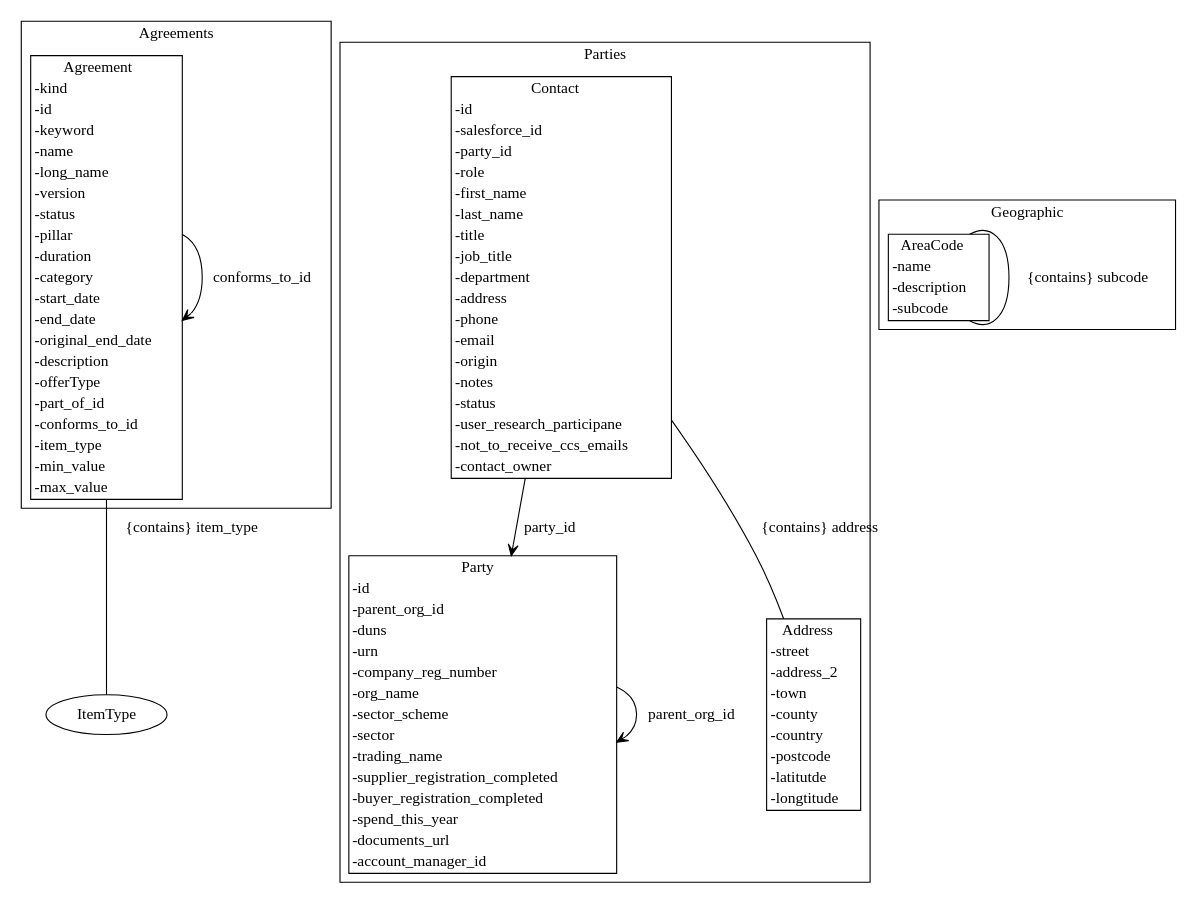
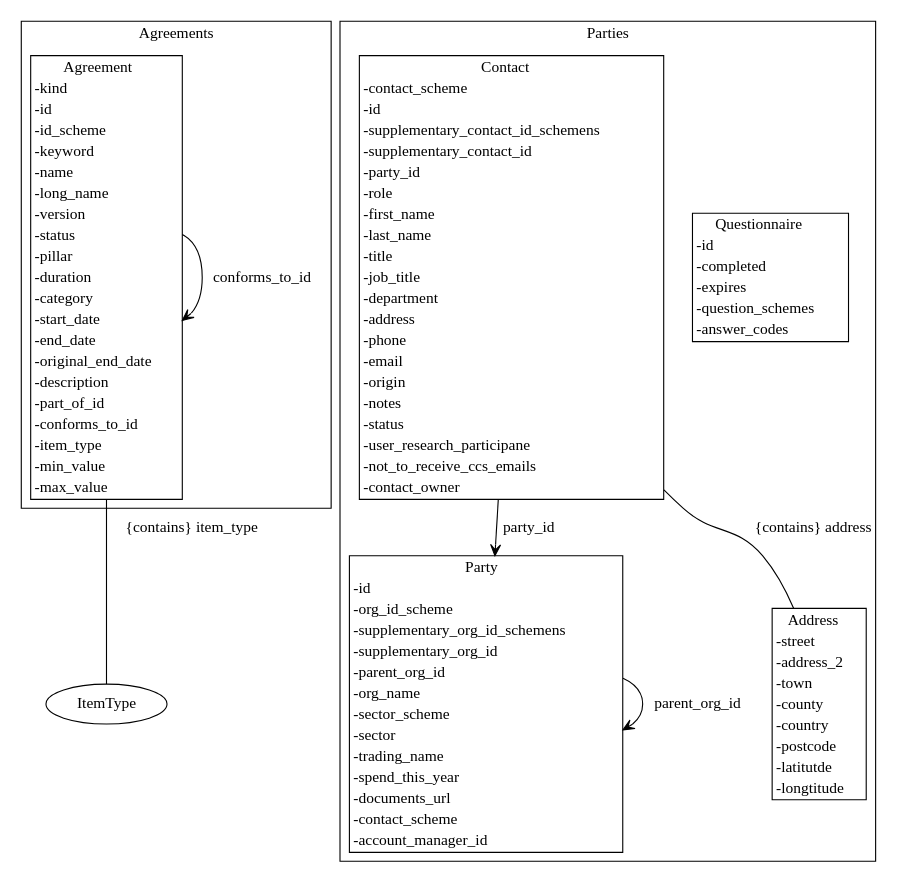
Before and after one commit to Crown-Commercial-Service/ccs-data-model: the diagram in gen/diagrams/metamodel.dot, drawn with Graphviz. The commit also changed 39 other files, not shown here.

```diff
--- a/gen/diagrams/metamodel.dot
+++ b/gen/diagrams/metamodel.dot
@@ -1,26 +1,21 @@
 strict digraph {
 subgraph cluster_Agreements {
 node [shape=plaintext margin=0];
 label=Agreements;
-"Agreement" [label=<<table BORDER="1" CELLBORDER="0" CELLSPACING="0"><TH><TD>Agreement</TD></TH><TR><TD ALIGN="LEFT">-kind</TD></TR><TR><TD ALIGN="LEFT">-id</TD></TR><TR><TD ALIGN="LEFT">-keyword</TD></TR><TR><TD ALIGN="LEFT">-name</TD></TR><TR><TD ALIGN="LEFT">-long_name</TD></TR><TR><TD ALIGN="LEFT">-version</TD></TR><TR><TD ALIGN="LEFT">-status</TD></TR><TR><TD ALIGN="LEFT">-pillar</TD></TR><TR><TD ALIGN="LEFT">-duration</TD></TR><TR><TD ALIGN="LEFT">-category</TD></TR><TR><TD ALIGN="LEFT">-start_date</TD></TR><TR><TD ALIGN="LEFT">-end_date</TD></TR><TR><TD ALIGN="LEFT">-original_end_date</TD></TR><TR><TD ALIGN="LEFT">-description</TD></TR><TR><TD ALIGN="LEFT">-offerType</TD></TR><TR><TD ALIGN="LEFT">-part_of_id</TD></TR><TR><TD ALIGN="LEFT">-conforms_to_id</TD></TR><TR><TD ALIGN="LEFT">-item_type</TD></TR><TR><TD ALIGN="LEFT">-min_value</TD></TR><TR><TD ALIGN="LEFT">-max_value</TD></TR></table>>];
+"Agreement" [label=<<table BORDER="1" CELLBORDER="0" CELLSPACING="0"><TH><TD>Agreement</TD></TH><TR><TD ALIGN="LEFT">-kind</TD></TR><TR><TD ALIGN="LEFT">-id</TD></TR><TR><TD ALIGN="LEFT">-id_scheme</TD></TR><TR><TD ALIGN="LEFT">-keyword</TD></TR><TR><TD ALIGN="LEFT">-name</TD></TR><TR><TD ALIGN="LEFT">-long_name</TD></TR><TR><TD ALIGN="LEFT">-version</TD></TR><TR><TD ALIGN="LEFT">-status</TD></TR><TR><TD ALIGN="LEFT">-pillar</TD></TR><TR><TD ALIGN="LEFT">-duration</TD></TR><TR><TD ALIGN="LEFT">-category</TD></TR><TR><TD ALIGN="LEFT">-start_date</TD></TR><TR><TD ALIGN="LEFT">-end_date</TD></TR><TR><TD ALIGN="LEFT">-original_end_date</TD></TR><TR><TD ALIGN="LEFT">-description</TD></TR><TR><TD ALIGN="LEFT">-part_of_id</TD></TR><TR><TD ALIGN="LEFT">-conforms_to_id</TD></TR><TR><TD ALIGN="LEFT">-item_type</TD></TR><TR><TD ALIGN="LEFT">-min_value</TD></TR><TR><TD ALIGN="LEFT">-max_value</TD></TR></table>>];
 }
 subgraph cluster_Parties {
 node [shape=plaintext margin=0];
 label=Parties;
-"Party" [label=<<table BORDER="1" CELLBORDER="0" CELLSPACING="0"><TH><TD>Party</TD></TH><TR><TD ALIGN="LEFT">-id</TD></TR><TR><TD ALIGN="LEFT">-parent_org_id</TD></TR><TR><TD ALIGN="LEFT">-duns</TD></TR><TR><TD ALIGN="LEFT">-urn</TD></TR><TR><TD ALIGN="LEFT">-company_reg_number</TD></TR><TR><TD ALIGN="LEFT">-org_name</TD></TR><TR><TD ALIGN="LEFT">-sector_scheme</TD></TR><TR><TD ALIGN="LEFT">-sector</TD></TR><TR><TD ALIGN="LEFT">-trading_name</TD></TR><TR><TD ALIGN="LEFT">-supplier_registration_completed</TD></TR><TR><TD ALIGN="LEFT">-buyer_registration_completed</TD></TR><TR><TD ALIGN="LEFT">-spend_this_year</TD></TR><TR><TD ALIGN="LEFT">-documents_url</TD></TR><TR><TD ALIGN="LEFT">-account_manager_id</TD></TR></table>>];
+"Questionnaire" [label=<<table BORDER="1" CELLBORDER="0" CELLSPACING="0"><TH><TD>Questionnaire</TD></TH><TR><TD ALIGN="LEFT">-id</TD></TR><TR><TD ALIGN="LEFT">-completed</TD></TR><TR><TD ALIGN="LEFT">-expires</TD></TR><TR><TD ALIGN="LEFT">-question_schemes</TD></TR><TR><TD ALIGN="LEFT">-answer_codes</TD></TR></table>>];
+"Party" [label=<<table BORDER="1" CELLBORDER="0" CELLSPACING="0"><TH><TD>Party</TD></TH><TR><TD ALIGN="LEFT">-id</TD></TR><TR><TD ALIGN="LEFT">-org_id_scheme</TD></TR><TR><TD ALIGN="LEFT">-supplementary_org_id_schemens</TD></TR><TR><TD ALIGN="LEFT">-supplementary_org_id</TD></TR><TR><TD ALIGN="LEFT">-parent_org_id</TD></TR><TR><TD ALIGN="LEFT">-org_name</TD></TR><TR><TD ALIGN="LEFT">-sector_scheme</TD></TR><TR><TD ALIGN="LEFT">-sector</TD></TR><TR><TD ALIGN="LEFT">-trading_name</TD></TR><TR><TD ALIGN="LEFT">-spend_this_year</TD></TR><TR><TD ALIGN="LEFT">-documents_url</TD></TR><TR><TD ALIGN="LEFT">-contact_scheme</TD></TR><TR><TD ALIGN="LEFT">-account_manager_id</TD></TR></table>>];
 "Address" [label=<<table BORDER="1" CELLBORDER="0" CELLSPACING="0"><TH><TD>Address</TD></TH><TR><TD ALIGN="LEFT">-street</TD></TR><TR><TD ALIGN="LEFT">-address_2</TD></TR><TR><TD ALIGN="LEFT">-town</TD></TR><TR><TD ALIGN="LEFT">-county</TD></TR><TR><TD ALIGN="LEFT">-country</TD></TR><TR><TD ALIGN="LEFT">-postcode</TD></TR><TR><TD ALIGN="LEFT">-latitutde</TD></TR><TR><TD ALIGN="LEFT">-longtitude</TD></TR></table>>];
-"Contact" [label=<<table BORDER="1" CELLBORDER="0" CELLSPACING="0"><TH><TD>Contact</TD></TH><TR><TD ALIGN="LEFT">-id</TD></TR><TR><TD ALIGN="LEFT">-salesforce_id</TD></TR><TR><TD ALIGN="LEFT">-party_id</TD></TR><TR><TD ALIGN="LEFT">-role</TD></TR><TR><TD ALIGN="LEFT">-first_name</TD></TR><TR><TD ALIGN="LEFT">-last_name</TD></TR><TR><TD ALIGN="LEFT">-title</TD></TR><TR><TD ALIGN="LEFT">-job_title</TD></TR><TR><TD ALIGN="LEFT">-department</TD></TR><TR><TD ALIGN="LEFT">-address</TD></TR><TR><TD ALIGN="LEFT">-phone</TD></TR><TR><TD ALIGN="LEFT">-email</TD></TR><TR><TD ALIGN="LEFT">-origin</TD></TR><TR><TD ALIGN="LEFT">-notes</TD></TR><TR><TD ALIGN="LEFT">-status</TD></TR><TR><TD ALIGN="LEFT">-user_research_participane</TD></TR><TR><TD ALIGN="LEFT">-not_to_receive_ccs_emails</TD></TR><TR><TD ALIGN="LEFT">-contact_owner</TD></TR></table>>];
-}
-subgraph cluster_Geographic {
-node [shape=plaintext margin=0];
-label=Geographic;
-"AreaCode" [label=<<table BORDER="1" CELLBORDER="0" CELLSPACING="0"><TH><TD>AreaCode</TD></TH><TR><TD ALIGN="LEFT">-name</TD></TR><TR><TD ALIGN="LEFT">-description</TD></TR><TR><TD ALIGN="LEFT">-subcode</TD></TR></table>>];
+"Contact" [label=<<table BORDER="1" CELLBORDER="0" CELLSPACING="0"><TH><TD>Contact</TD></TH><TR><TD ALIGN="LEFT">-contact_scheme</TD></TR><TR><TD ALIGN="LEFT">-id</TD></TR><TR><TD ALIGN="LEFT">-supplementary_contact_id_schemens</TD></TR><TR><TD ALIGN="LEFT">-supplementary_contact_id</TD></TR><TR><TD ALIGN="LEFT">-party_id</TD></TR><TR><TD ALIGN="LEFT">-role</TD></TR><TR><TD ALIGN="LEFT">-first_name</TD></TR><TR><TD ALIGN="LEFT">-last_name</TD></TR><TR><TD ALIGN="LEFT">-title</TD></TR><TR><TD ALIGN="LEFT">-job_title</TD></TR><TR><TD ALIGN="LEFT">-department</TD></TR><TR><TD ALIGN="LEFT">-address</TD></TR><TR><TD ALIGN="LEFT">-phone</TD></TR><TR><TD ALIGN="LEFT">-email</TD></TR><TR><TD ALIGN="LEFT">-origin</TD></TR><TR><TD ALIGN="LEFT">-notes</TD></TR><TR><TD ALIGN="LEFT">-status</TD></TR><TR><TD ALIGN="LEFT">-user_research_participane</TD></TR><TR><TD ALIGN="LEFT">-not_to_receive_ccs_emails</TD></TR><TR><TD ALIGN="LEFT">-contact_owner</TD></TR></table>>];
 }
 "Agreement" -> "Agreement" [label="part_of_id" arrowhead = "open" arrowtail = "none" ];
 "Agreement" -> "Agreement" [label="conforms_to_id" arrowhead = "open" arrowtail = "none" ];
 "Agreement" -> "ItemType" [label="{contains} item_type" arrowhead = "none" arrowtail = "diamond" ];
 "Party" -> "Party" [label="parent_org_id" arrowhead = "open" arrowtail = "none" ];
 "Contact" -> "Party" [label="party_id" arrowhead = "open" arrowtail = "none" ];
 "Contact" -> "Address" [label="{contains} address" arrowhead = "none" arrowtail = "diamond" ];
-"AreaCode" -> "AreaCode" [label="{contains} subcode" arrowhead = "none" arrowtail = "diamond" ];
 }
```
